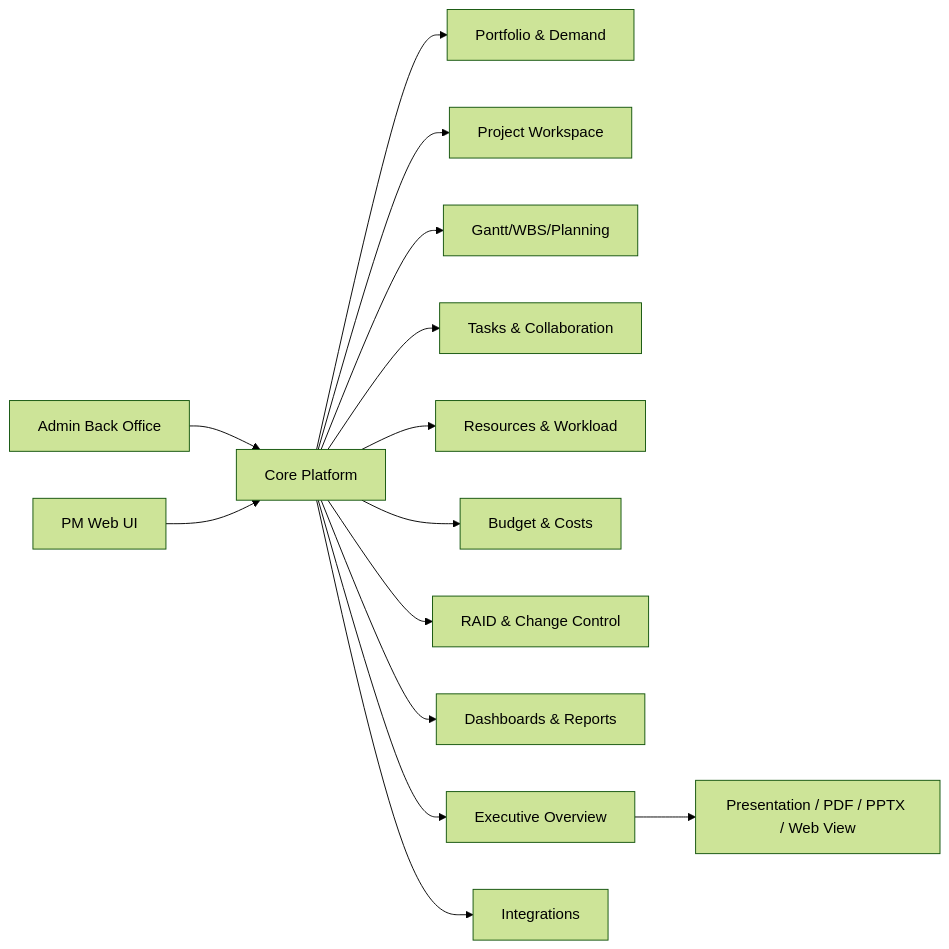
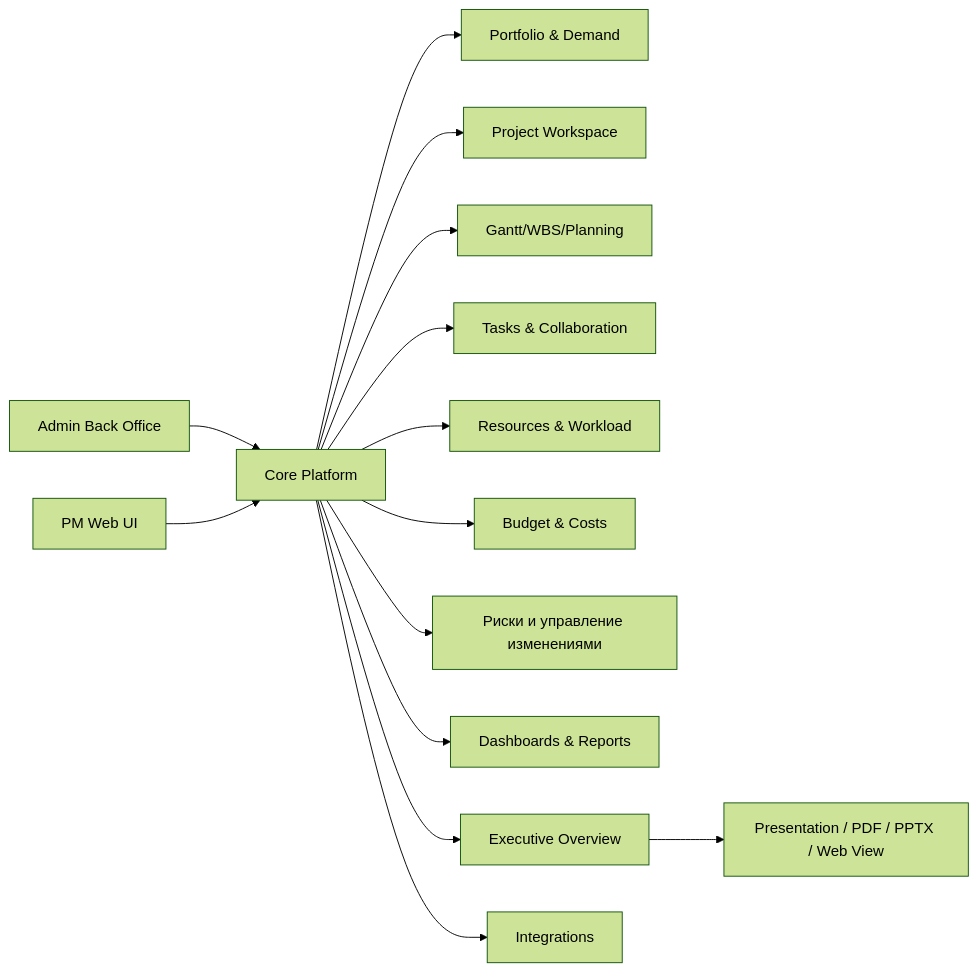
Before and after one commit to kelebrik/project-management-system: the first of 2 diagrams in docs/TZ.md, drawn with Mermaid (forest theme). The commit also changed other lines of this file and 9 other files, not shown here.

````diff
--- a/docs/TZ.md
+++ b/docs/TZ.md
@@ -212,16 +212,16 @@
 ```mermaid
 flowchart LR
   Admin[Admin Back Office] --> Core[Core Platform]
   Front[PM Web UI] --> Core
   Core --> Portfolio[Portfolio & Demand]
   Core --> Project[Project Workspace]
   Core --> Planning[Gantt/WBS/Planning]
   Core --> Tasks[Tasks & Collaboration]
   Core --> Resources[Resources & Workload]
   Core --> Finance[Budget & Costs]
-  Core --> RAID[RAID & Change Control]
+  Core --> риски[Риски и управление изменениями]
   Core --> Reports[Dashboards & Reports]
   Core --> Exec[Executive Overview]
   Core --> Integrations[Integrations]
   Exec --> Presentation[Presentation / PDF / PPTX / Web View]
 ```
````
